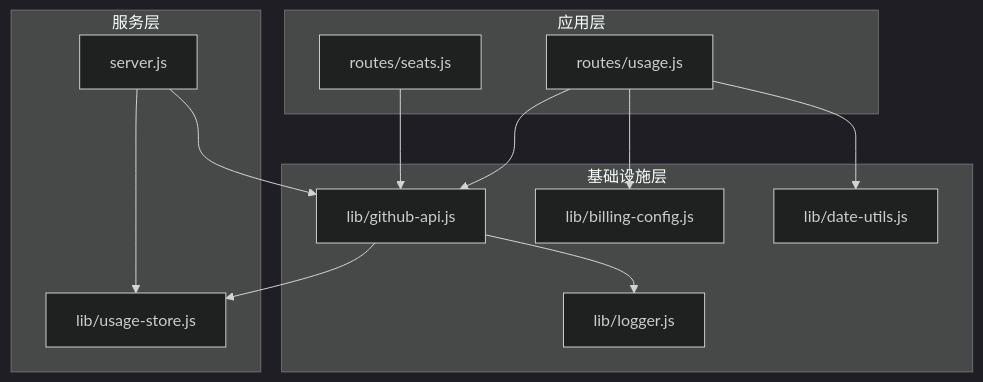
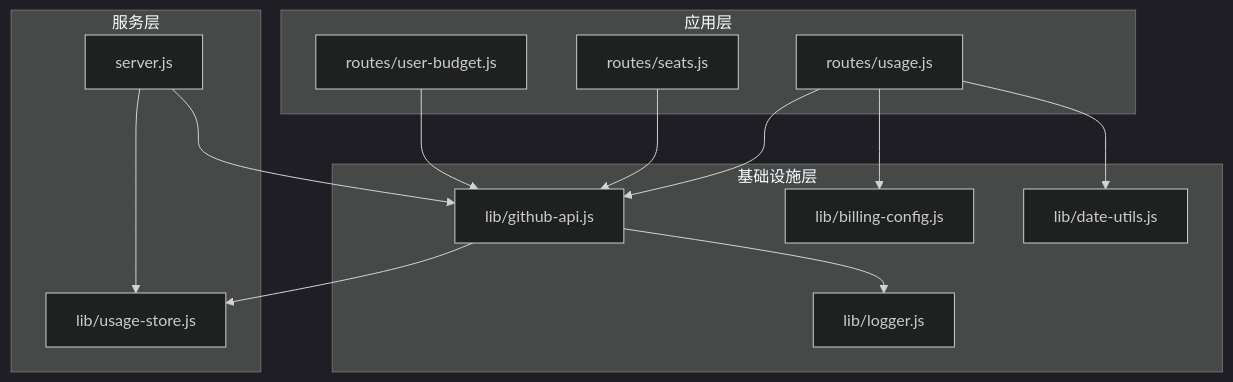
One commit to kissingwolf/CopilotEnterpriseUsageDisplay changed the first of 10 diagrams in .qoder/repowiki/zh/content/核心模块/GitHub API 集成模块.md. Above: the diagram before and after it, drawn with Mermaid (dark theme). The commit also changed other lines of this file and 4 other files, not shown here.

First line of the commit message:
docs(wiki): update repowiki content with user budget system and admin auth modules

````diff
--- a/.qoder/repowiki/zh/content/核心模块/GitHub API 集成模块.md
+++ b/.qoder/repowiki/zh/content/核心模块/GitHub API 集成模块.md
@@ -35,25 +36,27 @@
 ```mermaid
 graph TB
 subgraph "应用层"
 R1["routes/usage.js"]
 R2["routes/seats.js"]
+R3["routes/user-budget.js"]
 end
 subgraph "服务层"
 S1["server.js"]
 U["lib/usage-store.js"]
 end
 subgraph "基础设施层"
 G["lib/github-api.js"]
 L["lib/logger.js"]
 C["lib/billing-config.js"]
 D["lib/date-utils.js"]
 end
 R1 --> G
 R2 --> G
+R3 --> G
 S1 --> G
 S1 --> U
 G --> U
 G --> L
 R1 --> C
 R1 --> D
 ```
````
